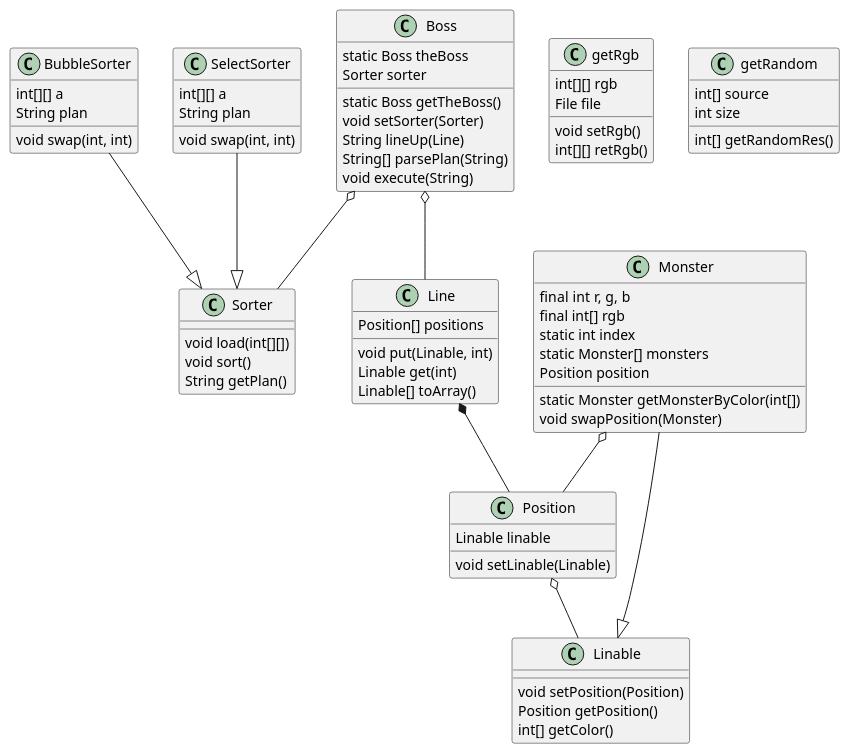
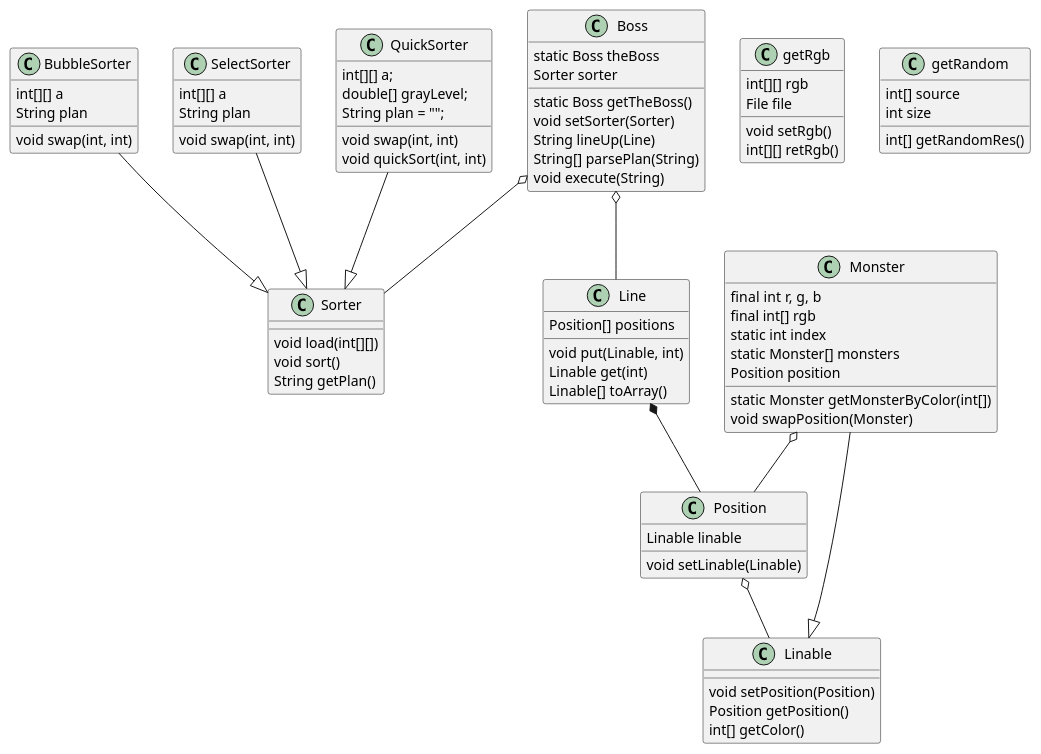
One commit to jwork-2021-attic/jw02-ye191220142 changed the diagram in S191220142/task2/uml/characters.pu. Above: the diagram before and after it, drawn with PlantUML. The commit also changed 3 other files, not shown here.

```diff
--- a/S191220142/task2/uml/characters.pu
+++ b/S191220142/task2/uml/characters.pu
@@ -1,82 +1,91 @@
 @startuml
 
 class Sorter{
     void load(int[][])
     void sort()
     String getPlan()
 }
 
 class BubbleSorter{
     int[][] a
     String plan
     void swap(int, int)
 }
 
 class SelectSorter{
     int[][] a
     String plan
     void swap(int, int)
+}
+
+class QuickSorter{
+    int[][] a;
+    double[] grayLevel;
+    String plan = "";
+    void swap(int, int)
+    void quickSort(int, int)
 }
 
 class Boss{
     static Boss theBoss
     Sorter sorter
     static Boss getTheBoss()
     void setSorter(Sorter)
     String lineUp(Line)
     String[] parsePlan(String)
     void execute(String)
 }
 
 class Linable{
     void setPosition(Position)
     Position getPosition()
     int[] getColor()
 }
 
 class Monster{
     final int r, g, b
     final int[] rgb
     static int index
     static Monster[] monsters
     Position position
 
     static Monster getMonsterByColor(int[])
     void swapPosition(Monster)
 }
 
 class Line{
     Position[] positions
     void put(Linable, int)
     Linable get(int)
     Linable[] toArray()
 }
 
 class Position{
     Linable linable
     void setLinable(Linable)
 }
 
 class getRgb{
     int[][] rgb
     File file
     void setRgb()
     int[][] retRgb()
 }
 
 class getRandom{
     int[] source
     int size
     int[] getRandomRes()
 }
 
 SelectSorter --|> Sorter
 BubbleSorter --|> Sorter
+QuickSorter --|> Sorter
 Monster --|> Linable
 Line *-- Position
 Position o-- Linable
 Monster o-- Position
 Boss o-- Line
 Boss o-- Sorter
 
 @enduml
```
